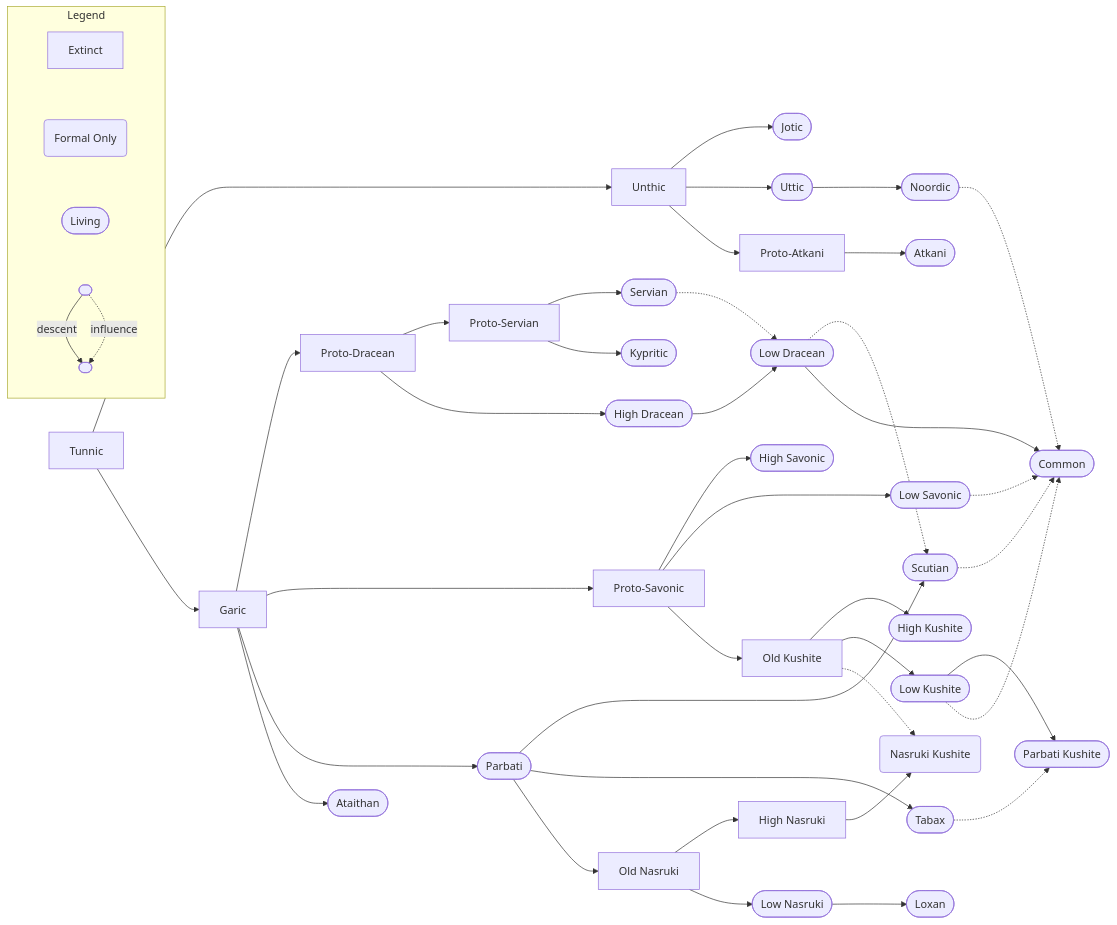
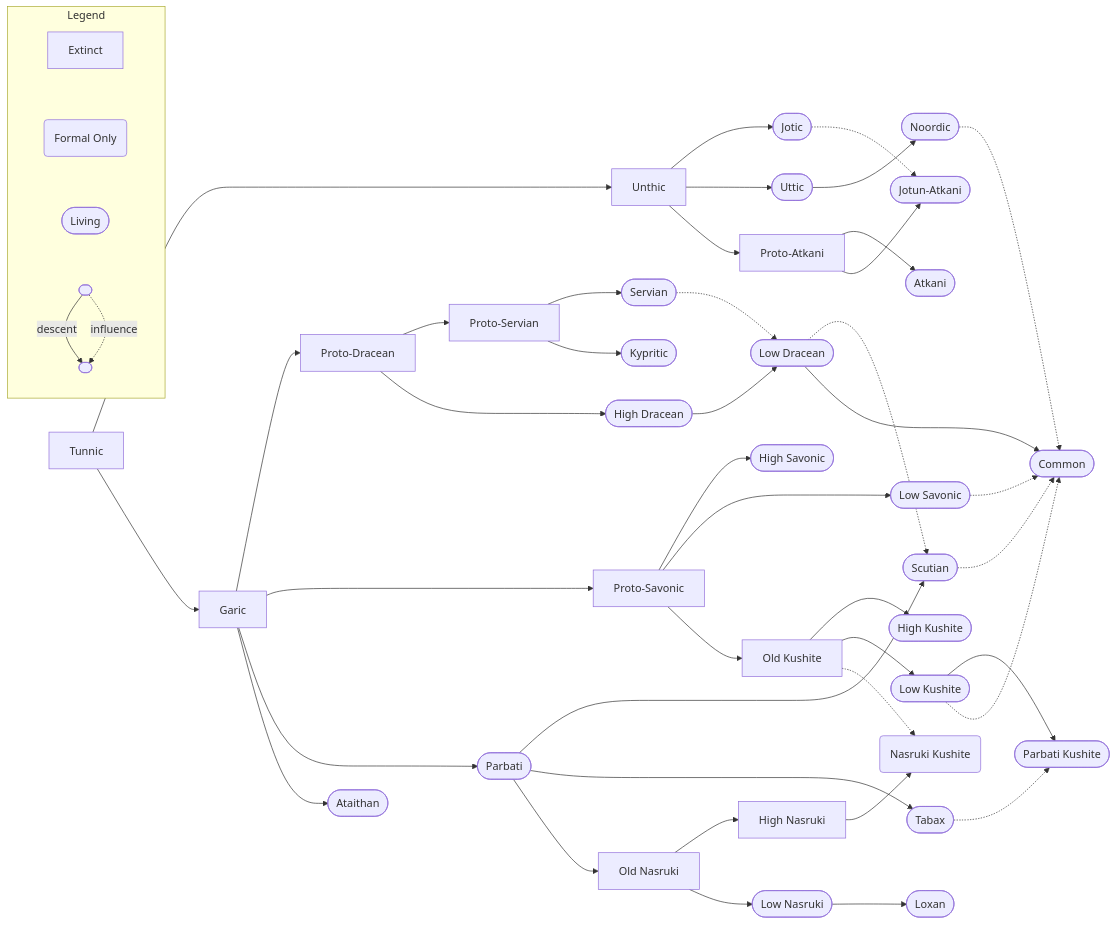
The diagram in source/lore/languages/index.md (TEParsons/Iuncterra), drawn with Mermaid before and after one commit.

Commit message:
Add jotun atkani language

```diff
--- a/source/lore/languages/index.md
+++ b/source/lore/languages/index.md
@@ -22,6 +22,7 @@
 uttic([Uttic])
 jotic([Jotic])
 atkani([Atkani])
+jotun-atkani([Jotun-Atkani])
 noordic([Noordic])
 proto-servian[Proto-Servian]
 servian([Servian])
@@ -47,6 +48,8 @@
 unthic --> proto-atkani
 uttic --> noordic
 proto-atkani --> atkani
+proto-atkani --> jotun-atkani
+jotic -.-> jotun-atkani
 
 tunnic --> garic
 
```
